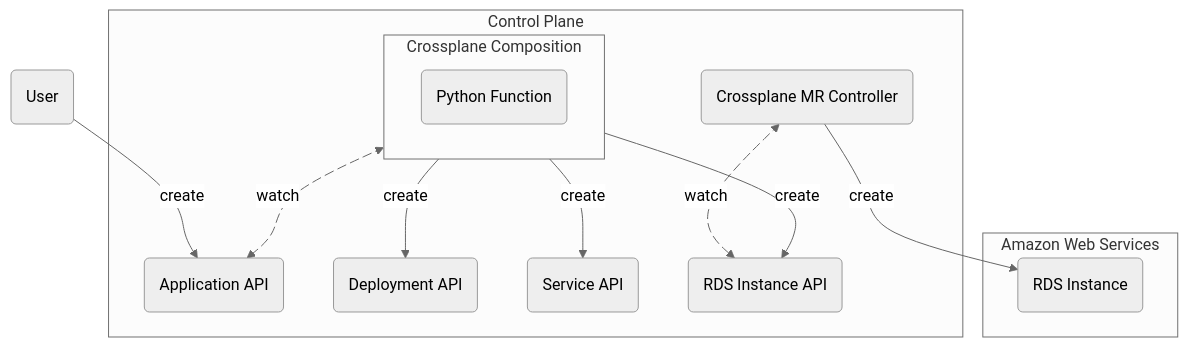
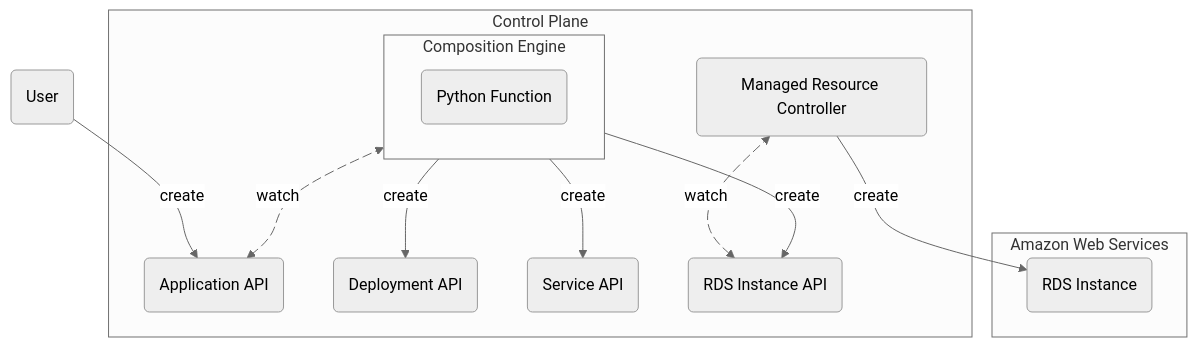
The fourth of 4 diagrams in content/v2.0-preview/what-is-crossplane/_index.md (crossplane/docs), drawn with Mermaid (neutral theme) before and after one commit. The commit also changed other lines of this file, not shown here.

First line of the commit message:
Minor diagram tweaks

````diff
--- a/content/v2.0-preview/what-is-crossplane/_index.md
+++ b/content/v2.0-preview/what-is-crossplane/_index.md
@@ -179,34 +179,34 @@
 ```mermaid
 flowchart TD
 user(User)
 
 subgraph control [Control Plane]
   api(Application API)
 
-  subgraph crossplane [Crossplane Composition]
+  subgraph crossplane [Composition Engine]
     fn(Python Function)
   end
 
   deployment(Deployment API)
   service(Service API)
   instance(RDS Instance API)
 
-  controller(Crossplane MR Controller)
+  controller(Managed Resource Controller)
 end
 
 subgraph aws [Amazon Web Services]
   rds(RDS Instance)
 end
 
 user -- create --> api
 crossplane watch-apps@<-- watch --> api
 crossplane -- create --> deployment
 crossplane -- create --> service
 crossplane -- create --> instance
 
 controller watch-rds@<-- watch --> instance
 controller -- create --> rds
 
 watch-apps@{animate: true}
 watch-rds@{animate: true}
 ```
````
